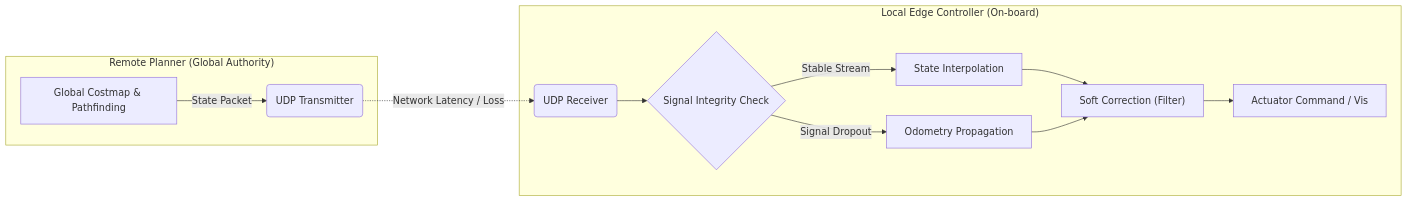
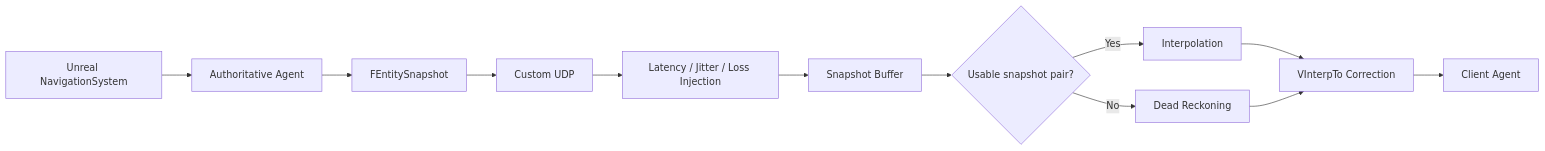
Before and after one commit to vbn930/Realtime-Consistency-Sim: the diagram in README.md, drawn with Mermaid. The commit also changed other lines of this file, not shown here.

````diff
--- a/README.md
+++ b/README.md
@@ -44,15 +42,14 @@
 ```mermaid
-graph LR
-    subgraph Remote ["Remote Planner (Global Authority)"]
-        A["Global Costmap & Pathfinding"] -->|State Packet| B("UDP Transmitter")
-    end
-    B -.->|"Network Latency / Loss"| C("UDP Receiver")
-    subgraph Robot ["Local Edge Controller (On-board)"]
-        C --> D{"Signal Integrity Check"}
-        D -- "Stable Stream" --> E["State Interpolation"]
-        D -- "Signal Dropout" --> F["Odometry Propagation"]
-        E --> G["Soft Correction (Filter)"]
-        F --> G
-        G --> H["Actuator Command / Vis"]
-    end
+flowchart LR
+    A["Unreal NavigationSystem"] --> B["Authoritative Agent"]
+    B --> C["FEntitySnapshot"]
+    C --> D["Custom UDP"]
+    D --> E["Latency / Jitter / Loss Injection"]
+    E --> F["Snapshot Buffer"]
+    F --> G{"Usable snapshot pair?"}
+    G -->|Yes| H["Interpolation"]
+    G -->|No| I["Dead Reckoning"]
+    H --> J["VInterpTo Correction"]
+    I --> J
+    J --> K["Client Agent"]
 ```
````
